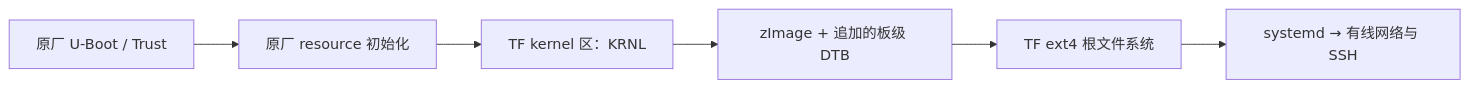
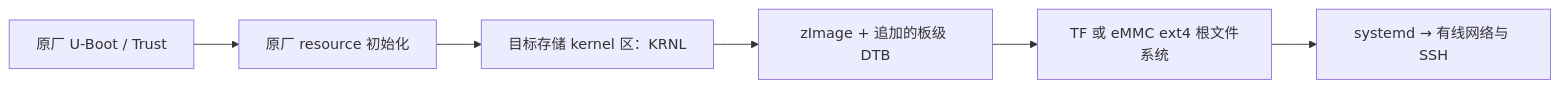
Before and after one commit to zedoCN/emb3533-debian: the diagram in docs/boot-and-recovery.md, drawn with Mermaid. The commit also changed other lines of this file and 11 other files, not shown here.

````diff
--- a/docs/boot-and-recovery.md
+++ b/docs/boot-and-recovery.md
@@ -5,8 +5,8 @@
 ```mermaid
 flowchart LR
     A[原厂 U-Boot / Trust] --> B[原厂 resource 初始化]
-    B --> C[TF kernel 区：KRNL]
+    B --> C[目标存储 kernel 区：KRNL]
     C --> D[zImage + 追加的板级 DTB]
-    D --> E[TF ext4 根文件系统]
+    D --> E[TF 或 eMMC ext4 根文件系统]
     E --> F[systemd → 有线网络与 SSH]
 ```
````
